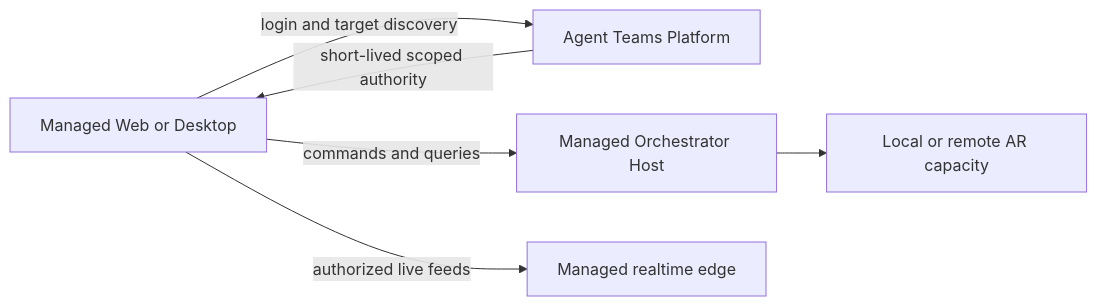
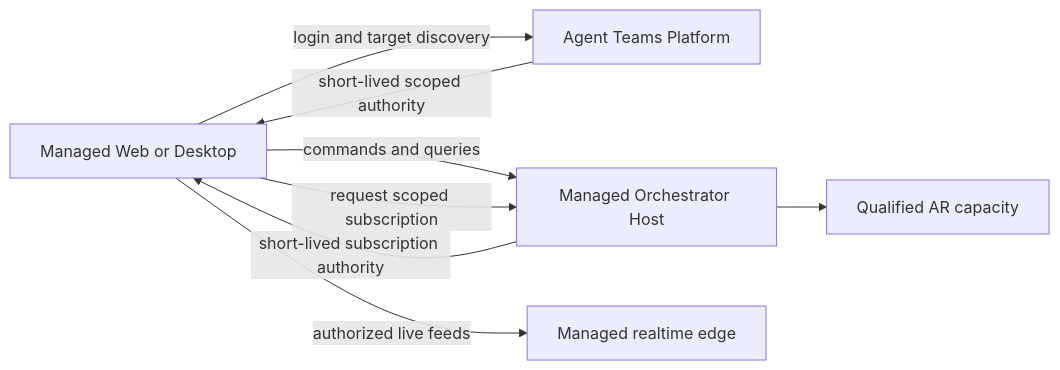
The diagram in docs/architecture/deployment-profiles.md (agent-teams-ai/agent-teams-orchestrator), drawn with Mermaid before and after one commit. The commit also changed other lines of this file and 42 other files, not shown here.

Commit message:
feat(architecture): enforce deployment qualification gates

````diff
--- a/docs/architecture/deployment-profiles.md
+++ b/docs/architecture/deployment-profiles.md
@@ -60,8 +86,10 @@
 ```mermaid
 flowchart LR
     Client["Managed Web or Desktop"] -->|"login and target discovery"| Platform["Agent Teams Platform"]
     Platform -->|"short-lived scoped authority"| Client
     Client -->|"commands and queries"| Host["Managed Orchestrator Host"]
+    Client -->|"request scoped subscription"| Host["Managed Orchestrator Host"]
+    Host -->|"short-lived subscription authority"| Client
     Client -->|"authorized live feeds"| Realtime["Managed realtime edge"]
-    Host --> Runtime["Local or remote AR capacity"]
+    Host --> Runtime["Qualified AR capacity"]
 ```
````
